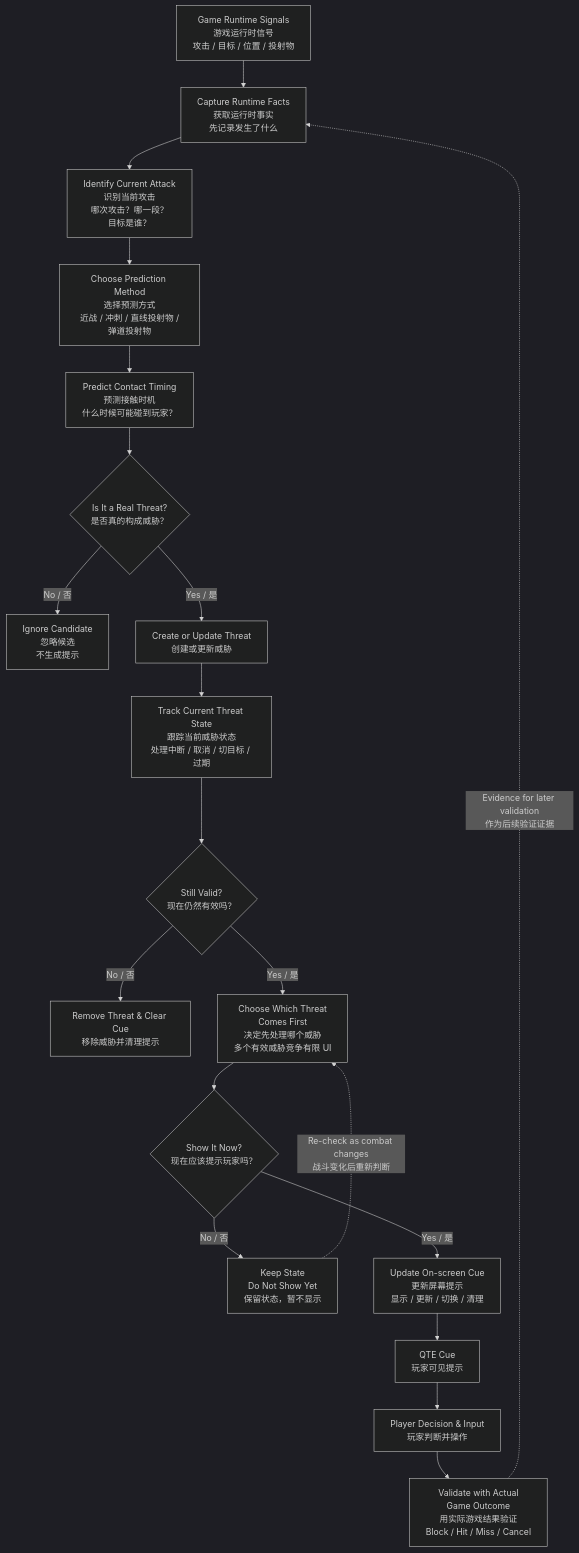
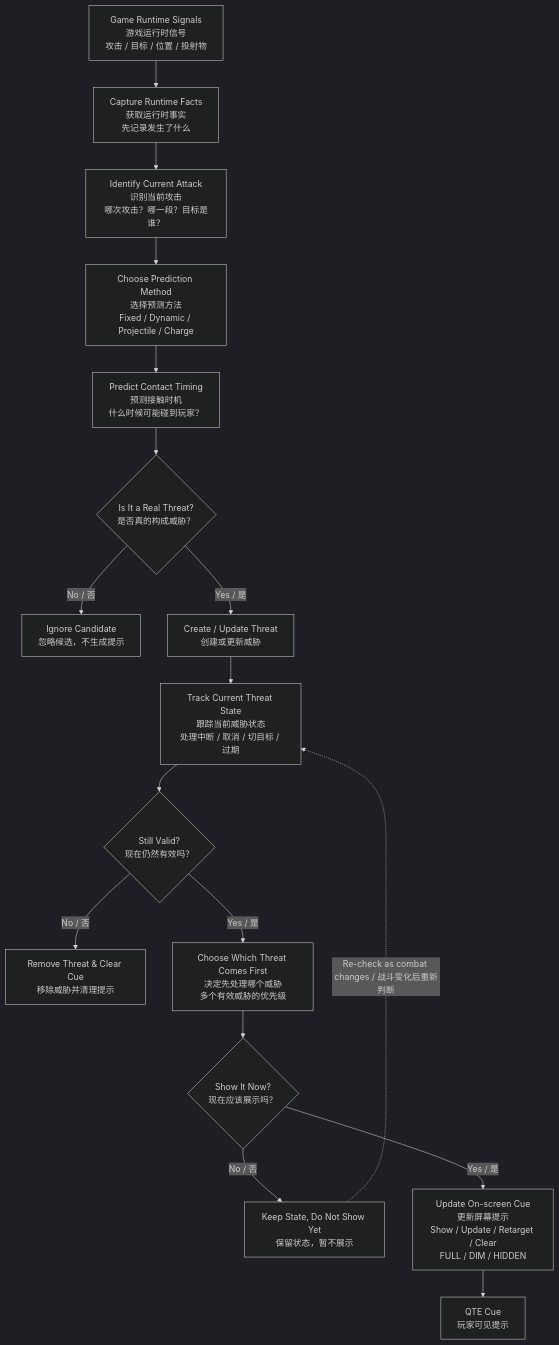
One commit to Dio23366/PerfectBlockTrainer-Releases changed the diagram in README.md. Above: the diagram before and after it, drawn with Mermaid (dark theme). The commit also changed other lines of this file and 3 other files, not shown here.

````diff
--- a/README.md
+++ b/README.md
@@ -72,26 +72,22 @@
 ```mermaid
 flowchart TD
     A["Game Runtime Signals<br/>游戏运行时信号<br/>攻击 / 目标 / 位置 / 投射物"] --> B["Capture Runtime Facts<br/>获取运行时事实<br/>先记录发生了什么"]
-    B --> C["Identify Current Attack<br/>识别当前攻击<br/>哪次攻击？哪一段？<br/>目标是谁？"]
-    C --> D["Choose Prediction Method<br/>选择预测方式<br/>近战 / 冲刺 / 直线投射物 /<br/>弹道投射物"]
+    B --> C["Identify Current Attack<br/>识别当前攻击<br/>哪次攻击？哪一段？目标是谁？"]
+    C --> D["Choose Prediction Method<br/>选择预测方法<br/>Fixed / Dynamic / Projectile / Charge"]
     D --> E["Predict Contact Timing<br/>预测接触时机<br/>什么时候可能碰到玩家？"]
 
     E --> F{"Is It a Real Threat?<br/>是否真的构成威胁？"}
-    F -- "No / 否" --> F0["Ignore Candidate<br/>忽略候选<br/>不生成提示"]
-    F -- "Yes / 是" --> G["Create or Update Threat<br/>创建或更新威胁"]
+    F -- "No / 否" --> F0["Ignore Candidate<br/>忽略候选，不生成提示"]
+    F -- "Yes / 是" --> G["Create / Update Threat<br/>创建或更新威胁"]
 
     G --> H["Track Current Threat State<br/>跟踪当前威胁状态<br/>处理中断 / 取消 / 切目标 / 过期"]
     H --> I{"Still Valid?<br/>现在仍然有效吗？"}
     I -- "No / 否" --> I0["Remove Threat & Clear Cue<br/>移除威胁并清理提示"]
-    I -- "Yes / 是" --> J["Choose Which Threat<br/>Comes First<br/>决定先处理哪个威胁<br/>多个有效威胁竞争有限 UI"]
+    I -- "Yes / 是" --> J["Choose Which Threat Comes First<br/>决定先处理哪个威胁<br/>多个有效威胁的优先级"]
 
-    J --> K{"Show It Now?<br/>现在应该提示玩家吗？"}
-    K -- "No / 否" --> K0["Keep State<br/>Do Not Show Yet<br/>保留状态，暂不显示"]
-    K0 -. "Re-check as combat changes<br/>战斗变化后重新判断" .-> J
-    K -- "Yes / 是" --> L["Update On-screen Cue<br/>更新屏幕提示<br/>显示 / 更新 / 切换 / 清理"]
-
+    J --> K{"Show It Now?<br/>现在应该展示吗？"}
+    K -- "No / 否" --> K0["Keep State, Do Not Show Yet<br/>保留状态，暂不展示"]
+    K0 -. "Re-check as combat changes / 战斗变化后重新判断" .-> H
+    K -- "Yes / 是" --> L["Update On-screen Cue<br/>更新屏幕提示<br/>Show / Update / Retarget / Clear<br/>FULL / DIM / HIDDEN"]
     L --> M["QTE Cue<br/>玩家可见提示"]
-    M --> N["Player Decision & Input<br/>玩家判断并操作"]
-    N --> O["Validate with Actual<br/>Game Outcome<br/>用实际游戏结果验证<br/>Block / Hit / Miss / Cancel"]
-    O -. "Evidence for later validation<br/>作为后续验证证据" .-> B
 ```
````
